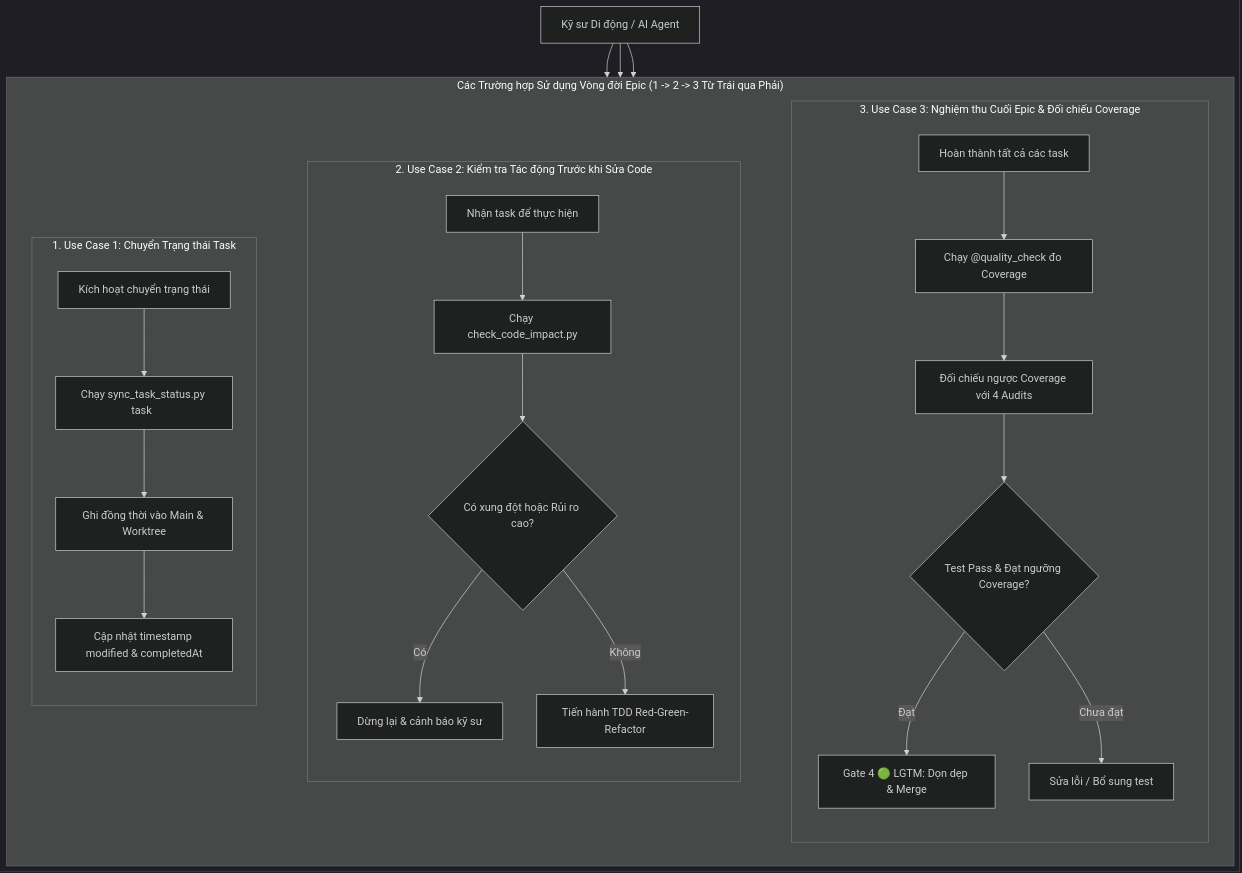
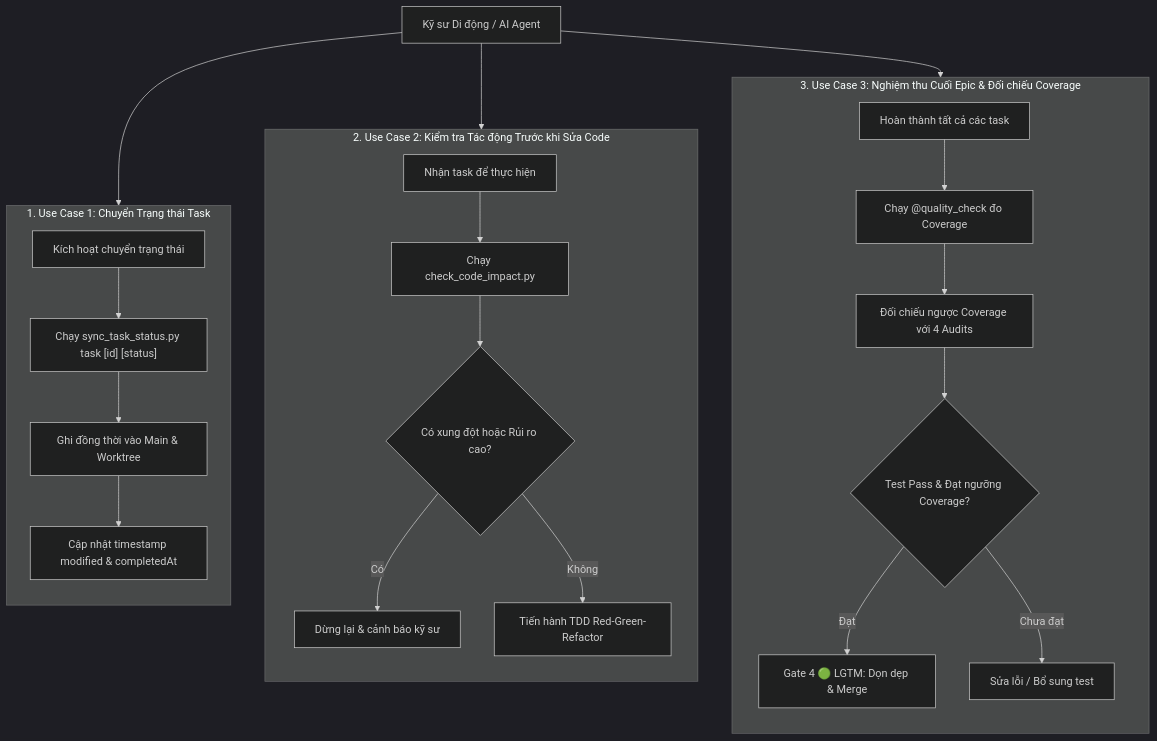
One commit to DanhDue/ai-agent-tools changed the second of 7 diagrams in .devtool/epic/kanban_sync_impact_analysis/kanban_sync_impact_analysis.vi.md. Above: the diagram before and after it, drawn with Mermaid (dark theme). The commit also changed 1 other file, not shown here.

Commit message:
[EPIC_DESIGNER] Align Use Cases tops and remove outer container
- Remove outer subgraph wrapper from Use Cases Flowchart
- Align top borders of UC1, UC2, and UC3 horizontally
- Synchronize changes across English and Vietnamese HLDs

````diff
--- a/.devtool/epic/kanban_sync_impact_analysis/kanban_sync_impact_analysis.vi.md
+++ b/.devtool/epic/kanban_sync_impact_analysis/kanban_sync_impact_analysis.vi.md
@@ -81,37 +81,32 @@
 ```mermaid
 flowchart TB
     ACTOR["Kỹ sư Di động / AI Agent"]
-    
-    subgraph USE_CASES["Các Trường hợp Sử dụng Vòng đời Epic (1 -> 2 -> 3 Từ Trái qua Phải)"]
-        direction LR
-        subgraph UC1["1. Use Case 1: Chuyển Trạng thái Task"]
-            direction TB
-            UC1_START["Kích hoạt chuyển trạng thái"] --> UC1_EXEC["Chạy sync_task_status.py task <id> <status>"]
-            UC1_EXEC --> UC1_FANOUT["Ghi đồng thời vào Main & Worktree"]
-            UC1_FANOUT --> UC1_TIME["Cập nhật timestamp modified & completedAt"]
-        end
 
-        subgraph UC2["2. Use Case 2: Kiểm tra Tác động Trước khi Sửa Code"]
-            direction TB
-            UC2_START["Nhận task để thực hiện"] --> UC2_CHECK["Chạy check_code_impact.py"]
-            UC2_CHECK --> UC2_VERIFY{"Có xung đột hoặc Rủi ro cao?"}
-            UC2_VERIFY -->|Có| UC2_HALT["Dừng lại & cảnh báo kỹ sư"]
-            UC2_VERIFY -->|Không| UC2_CONT["Tiến hành TDD Red-Green-Refactor"]
-        end
+    subgraph UC3["3. Use Case 3: Nghiệm thu Cuối Epic & Đối chiếu Coverage"]
+        direction TB
+        UC3_START["Hoàn thành tất cả các task"] --> UC3_RUN["Chạy @quality_check đo Coverage"]
+        UC3_RUN --> UC3_REVERSE["Đối chiếu ngược Coverage với 4 Audits"]
+        UC3_REVERSE --> UC3_GATE{"Test Pass & Đạt ngưỡng Coverage?"}
+        UC3_GATE -->|Đạt| UC3_MERGE["Gate 4 🟢 LGTM: Dọn dẹp & Merge"]
+        UC3_GATE -->|Chưa đạt| UC3_FAIL["Sửa lỗi / Bổ sung test"]
+    end
 
-        subgraph UC3["3. Use Case 3: Nghiệm thu Cuối Epic & Đối chiếu Coverage"]
-            direction TB
-            UC3_START["Hoàn thành tất cả các task"] --> UC3_RUN["Chạy @quality_check đo Coverage"]
-            UC3_RUN --> UC3_REVERSE["Đối chiếu ngược Coverage với 4 Audits"]
-            UC3_REVERSE --> UC3_GATE{"Test Pass & Đạt ngưỡng Coverage?"}
-            UC3_GATE -->|Đạt| UC3_MERGE["Gate 4 🟢 LGTM: Dọn dẹp & Merge"]
-            UC3_GATE -->|Chưa đạt| UC3_FAIL["Sửa lỗi / Bổ sung test"]
-        end
+    subgraph UC2["2. Use Case 2: Kiểm tra Tác động Trước khi Sửa Code"]
+        direction TB
+        UC2_START["Nhận task để thực hiện"] --> UC2_CHECK["Chạy check_code_impact.py"]
+        UC2_CHECK --> UC2_VERIFY{"Có xung đột hoặc Rủi ro cao?"}
+        UC2_VERIFY -->|Có| UC2_HALT["Dừng lại & cảnh báo kỹ sư"]
+        UC2_VERIFY -->|Không| UC2_CONT["Tiến hành TDD Red-Green-Refactor"]
+    end
 
-        UC1 ~~~ UC2 ~~~ UC3
+    subgraph UC1["1. Use Case 1: Chuyển Trạng thái Task"]
+        direction TB
+        UC1_START["Kích hoạt chuyển trạng thái"] --> UC1_EXEC["Chạy sync_task_status.py task [id] [status]"]
+        UC1_EXEC --> UC1_FANOUT["Ghi đồng thời vào Main & Worktree"]
+        UC1_FANOUT --> UC1_TIME["Cập nhật timestamp modified & completedAt"]
     end
 
     ACTOR --> UC1_START
     ACTOR --> UC2_START
     ACTOR --> UC3_START
 ```
````
